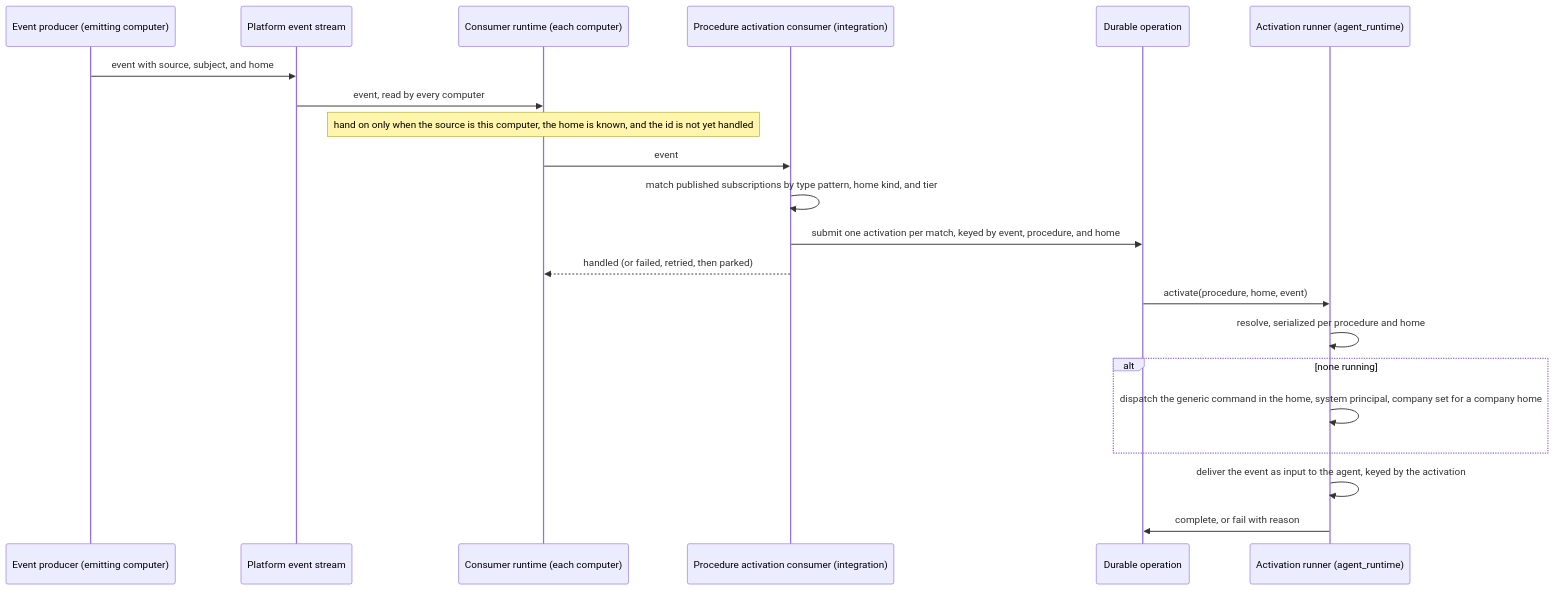
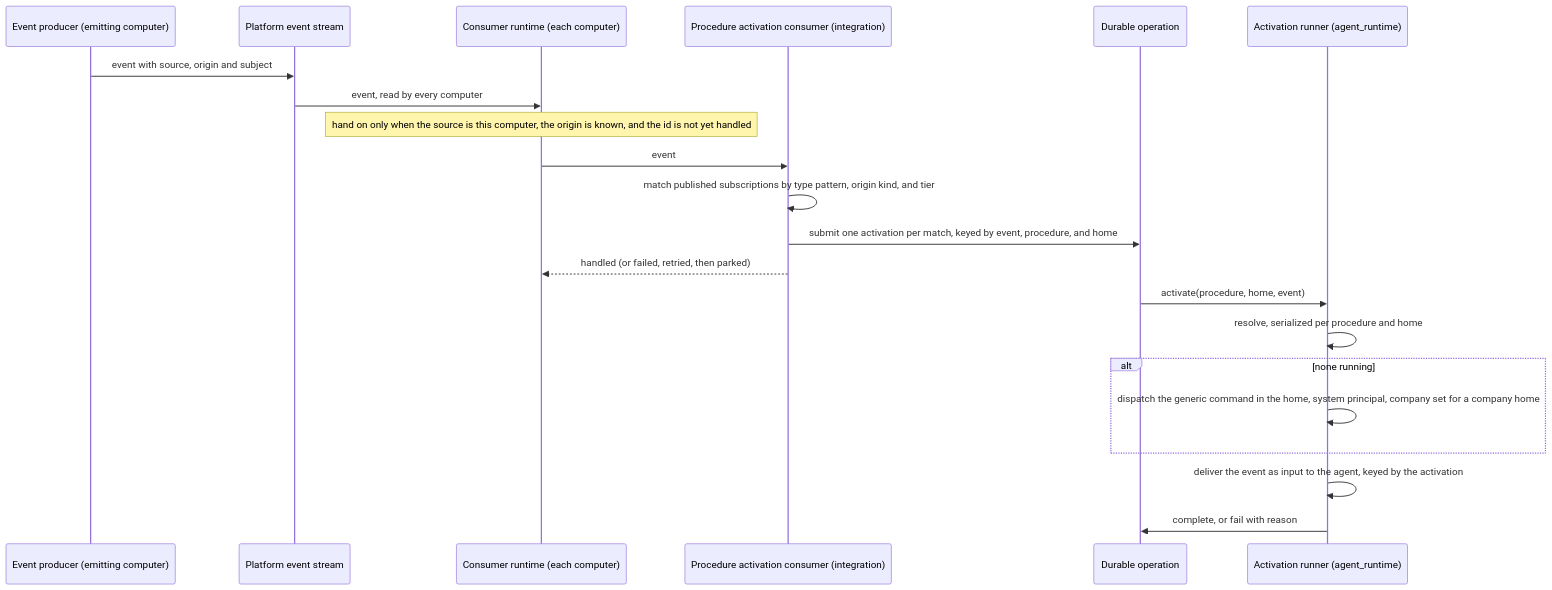
The diagram in docs/local/design/architecture/procedure-activation.procedure-activation-gated-on-company.md (InstruktAI/TeleClaude), drawn with Mermaid before and after one commit. The commit also changed other lines of this file and 24 other files, not shown here.

````diff
--- a/docs/local/design/architecture/procedure-activation.procedure-activation-gated-on-company.md
+++ b/docs/local/design/architecture/procedure-activation.procedure-activation-gated-on-company.md
@@ -170,24 +170,24 @@
 ```mermaid
 sequenceDiagram
     participant Prod as Event producer (emitting computer)
     participant Str as Platform event stream
     participant Rt as Consumer runtime (each computer)
     participant Act as Procedure activation consumer (integration)
     participant Op as Durable operation
     participant AR as Activation runner (agent_runtime)
 
-    Prod->>Str: event with source, subject, and home
+    Prod->>Str: event with source, origin and subject
     Str->>Rt: event, read by every computer
-    Note over Rt: hand on only when the source is this computer, the home is known, and the id is not yet handled
+    Note over Rt: hand on only when the source is this computer, the origin is known, and the id is not yet handled
     Rt->>Act: event
-    Act->>Act: match published subscriptions by type pattern, home kind, and tier
+    Act->>Act: match published subscriptions by type pattern, origin kind, and tier
     Act->>Op: submit one activation per match, keyed by event, procedure, and home
     Act-->>Rt: handled (or failed, retried, then parked)
     Op->>AR: activate(procedure, home, event)
     AR->>AR: resolve, serialized per procedure and home
     alt none running
         AR->>AR: dispatch the generic command in the home, system principal, company set for a company home
     end
     AR->>AR: deliver the event as input to the agent, keyed by the activation
     AR->>Op: complete, or fail with reason
 ```
````
